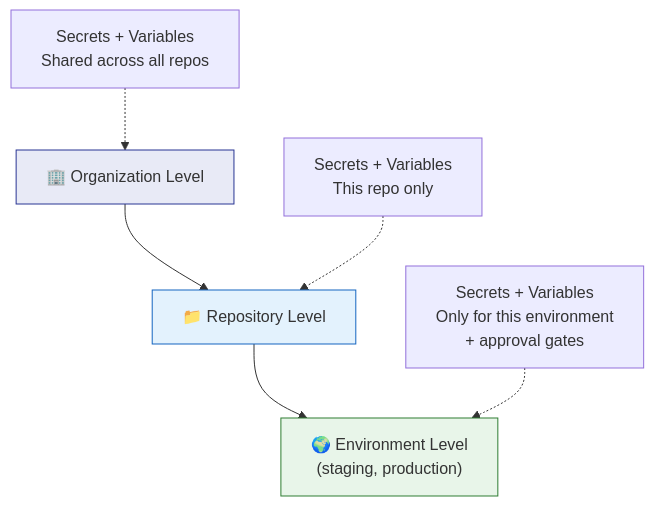
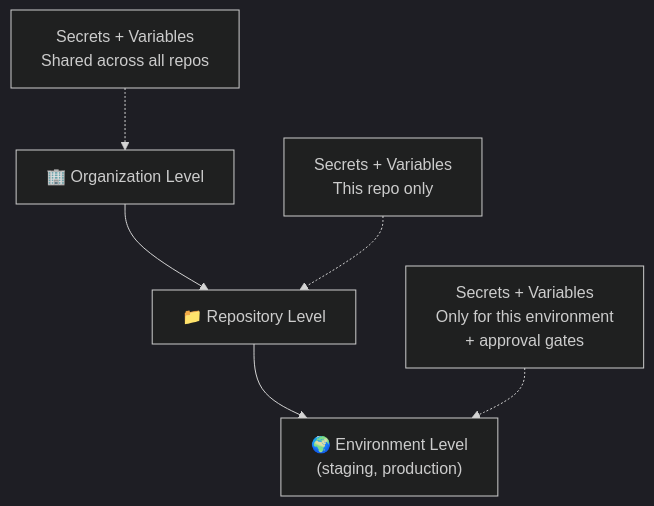
One commit to vishutyagi0210/github-ci-cd-with-labs changed the second of 3 diagrams in 07-secrets-and-variables/README.md. Above: the diagram before and after it, drawn with Mermaid. The commit also changed other lines of this file and 13 other files, not shown here.

Commit message:
fix: switch all mermaid diagrams to dark theme for better readability

````diff
--- a/07-secrets-and-variables/README.md
+++ b/07-secrets-and-variables/README.md
@@ -33,13 +32,11 @@
 ```mermaid
+%%{init: {"theme": "dark"}}%%
 graph TD
     ORG["🏢 Organization Level"] --> REPO["📁 Repository Level"]
     REPO --> ENV["🌍 Environment Level<br/>(staging, production)"]
 
     ORG_S["Secrets + Variables<br/>Shared across all repos"] -.-> ORG
     REPO_S["Secrets + Variables<br/>This repo only"] -.-> REPO
     ENV_S["Secrets + Variables<br/>Only for this environment<br/>+ approval gates"] -.-> ENV
 
-    style ORG fill:#e8eaf6,stroke:#283593
-    style REPO fill:#e3f2fd,stroke:#1565c0
-    style ENV fill:#e8f5e9,stroke:#2e7d32
 ```
````
